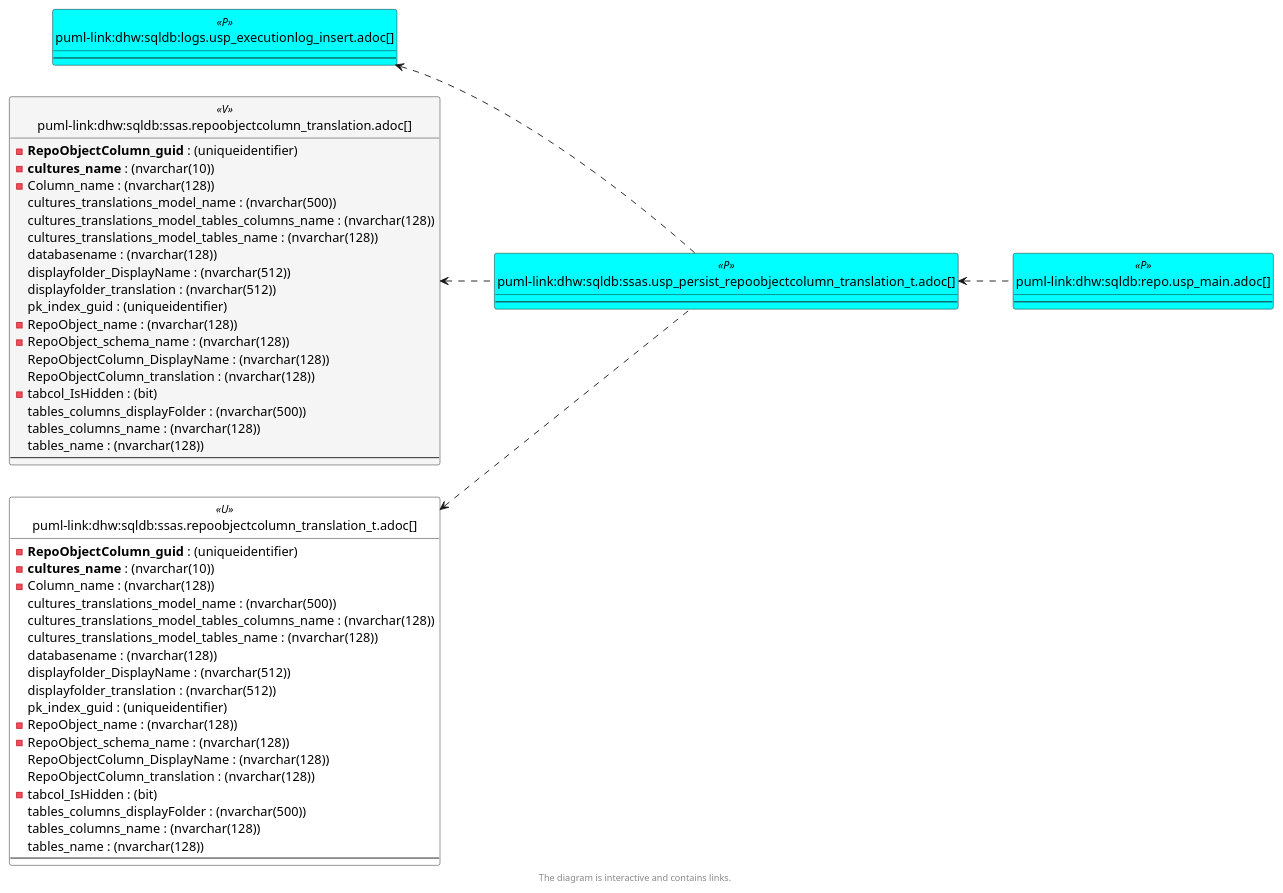
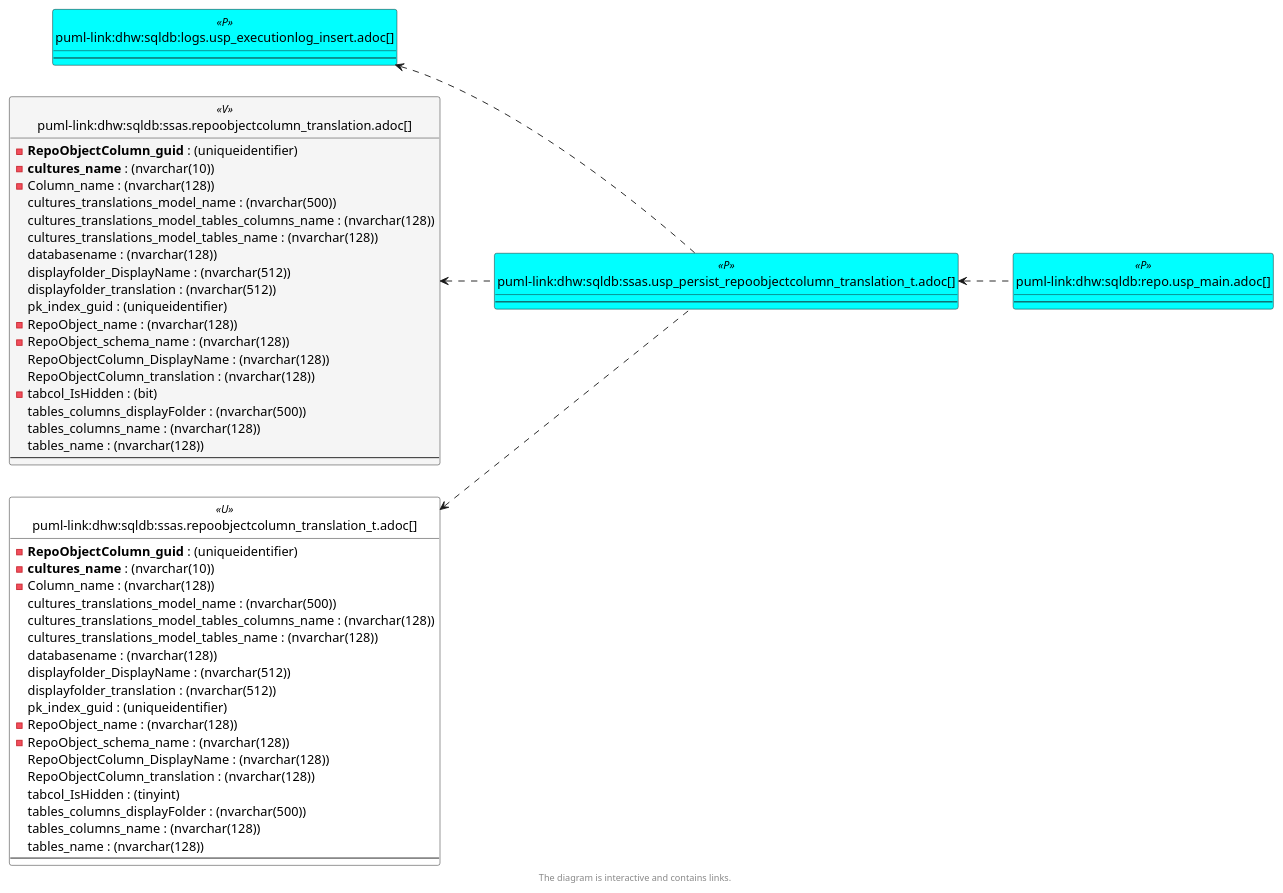
One commit to DataHandwerk/dhw-antora-sqldb changed the sixth of 6 diagrams in docs/modules/sqldb/partials/content/ssas.usp_persist_repoobjectcolumn_translation_t.adoc. Above: the diagram before and after it, drawn with PlantUML. The commit also changed other lines of this file and 641 other files, not shown here.

```diff
--- a/docs/modules/sqldb/partials/content/ssas.usp_persist_repoobjectcolumn_translation_t.adoc
+++ b/docs/modules/sqldb/partials/content/ssas.usp_persist_repoobjectcolumn_translation_t.adoc
@@ -1368,7 +1368,7 @@
   - RepoObject_schema_name : (nvarchar(128))
   RepoObjectColumn_DisplayName : (nvarchar(128))
   RepoObjectColumn_translation : (nvarchar(128))
-  - tabcol_IsHidden : (bit)
+  tabcol_IsHidden : (tinyint)
   tables_columns_displayFolder : (nvarchar(500))
   tables_columns_name : (nvarchar(128))
   tables_name : (nvarchar(128))
```
